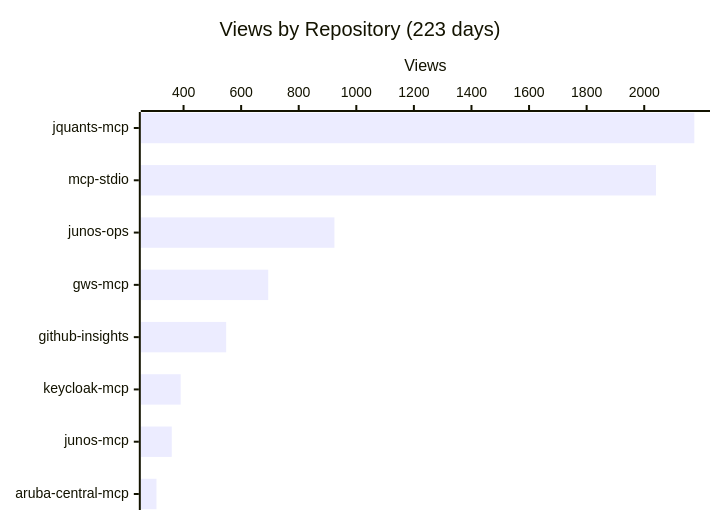
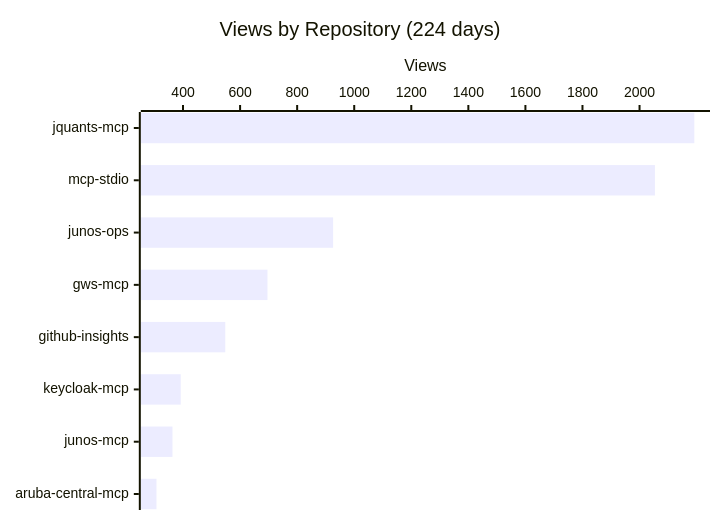
Before and after one commit to shigechika/github-insights: the first of 4 diagrams in README.md, drawn with Mermaid. The commit also changed other lines of this file and 1 other file, not shown here.

````diff
--- a/README.md
+++ b/README.md
@@ -18,7 +18,7 @@
 ```mermaid
 xychart-beta horizontal
-    title "Views by Repository (223 days)"
+    title "Views by Repository (224 days)"
     x-axis ["jquants-mcp", "mcp-stdio", "junos-ops", "gws-mcp", "github-insights", "keycloak-mcp", "junos-mcp", "aruba-central-mcp"]
     y-axis "Views"
-    bar [2174, 2041, 924, 694, 548, 390, 359, 306]
+    bar [2192, 2054, 926, 696, 548, 392, 363, 307]
 ```
````
